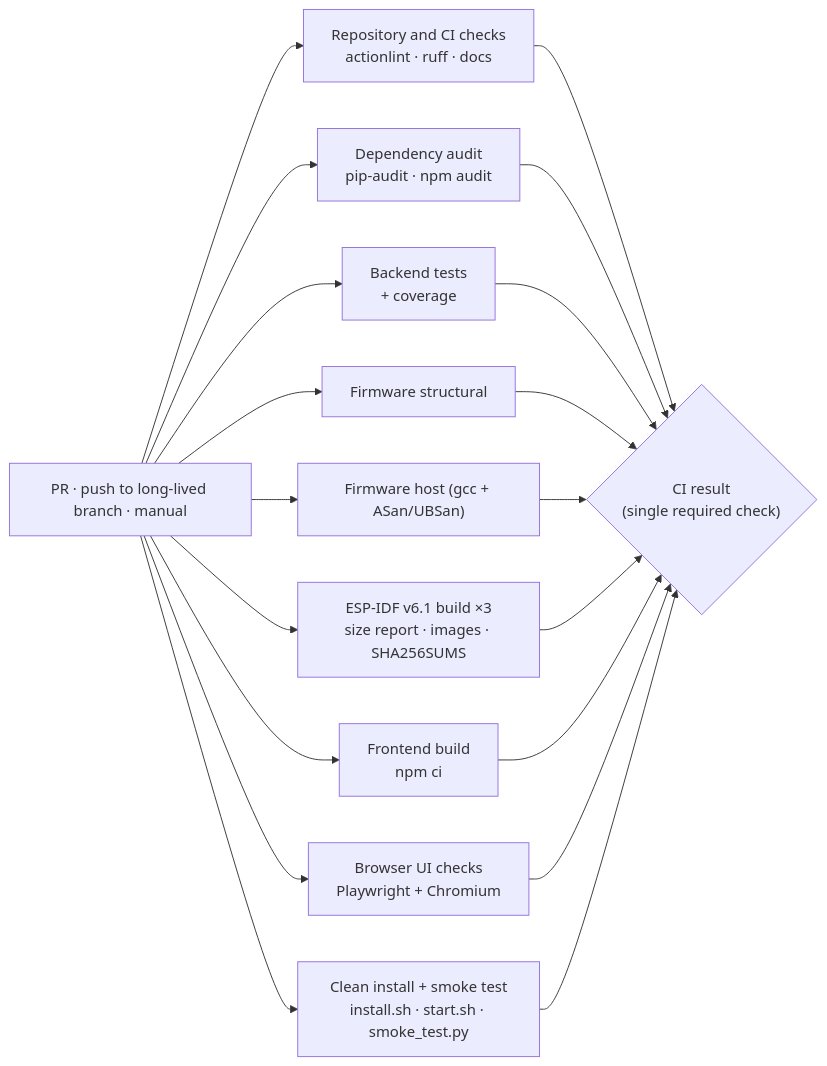
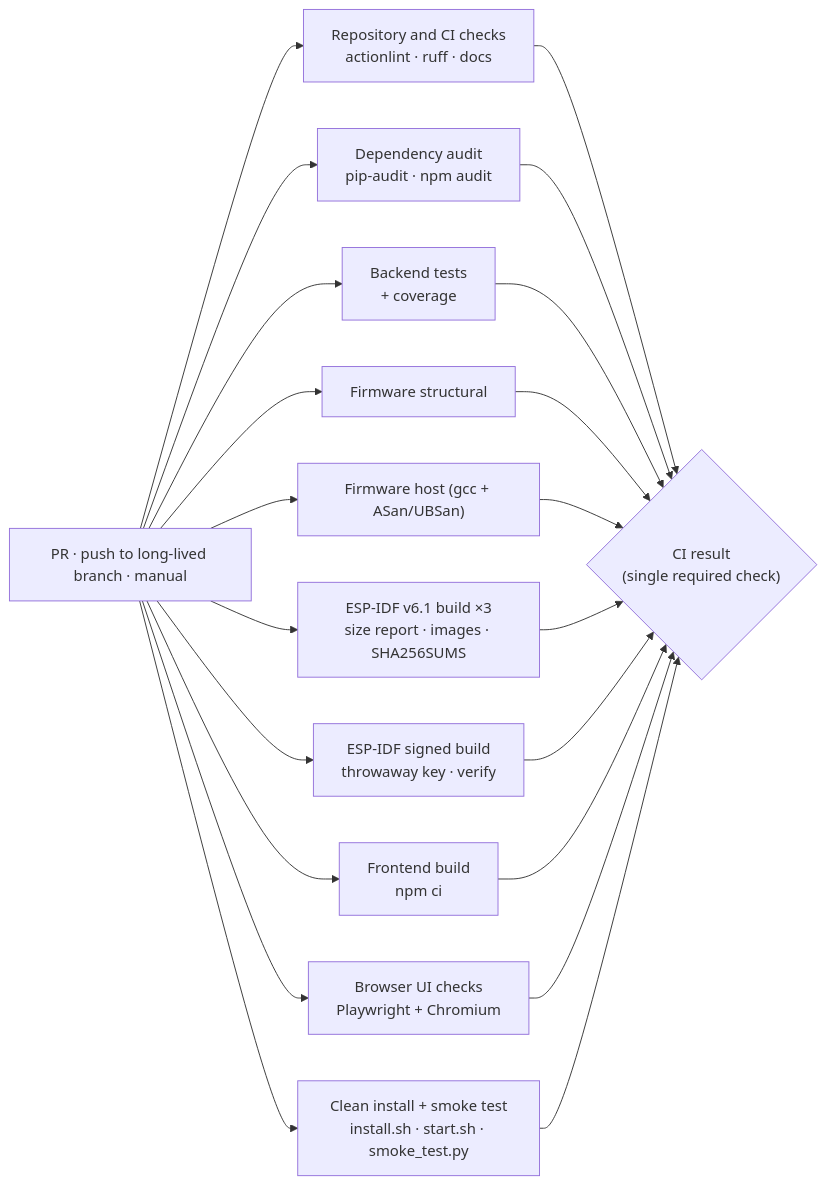
One commit to Kush-Kelaiya22/imPress changed the second of 2 diagrams in docs/guides/testing.md. Above: the diagram before and after it, drawn with Mermaid. The commit also changed other lines of this file and 38 other files, not shown here.

````diff
--- a/docs/guides/testing.md
+++ b/docs/guides/testing.md
@@ -236,13 +238,14 @@
 ```mermaid
 flowchart LR
     T["PR · push to long-lived branch · manual"] --> R["Repository and CI checks<br/>actionlint · ruff · docs"]
     T --> A["Dependency audit<br/>pip-audit · npm audit"]
     T --> B["Backend tests<br/>+ coverage"]
     T --> S["Firmware structural"]
     T --> H["Firmware host (gcc + ASan/UBSan)"]
     T --> I["ESP-IDF v6.1 build ×3<br/>size report · images · SHA256SUMS"]
+    T --> Q["ESP-IDF signed build<br/>throwaway key · verify"]
     T --> F["Frontend build<br/>npm ci"]
     T --> K["Clean install + smoke test<br/>install.sh · start.sh · smoke_test.py"]
     T --> U["Browser UI checks<br/>Playwright + Chromium"]
-    R & A & B & S & H & I & F & U & K --> G{"CI result<br/>(single required check)"}
+    R & A & B & S & H & I & Q & F & U & K --> G{"CI result<br/>(single required check)"}
 ```
````
